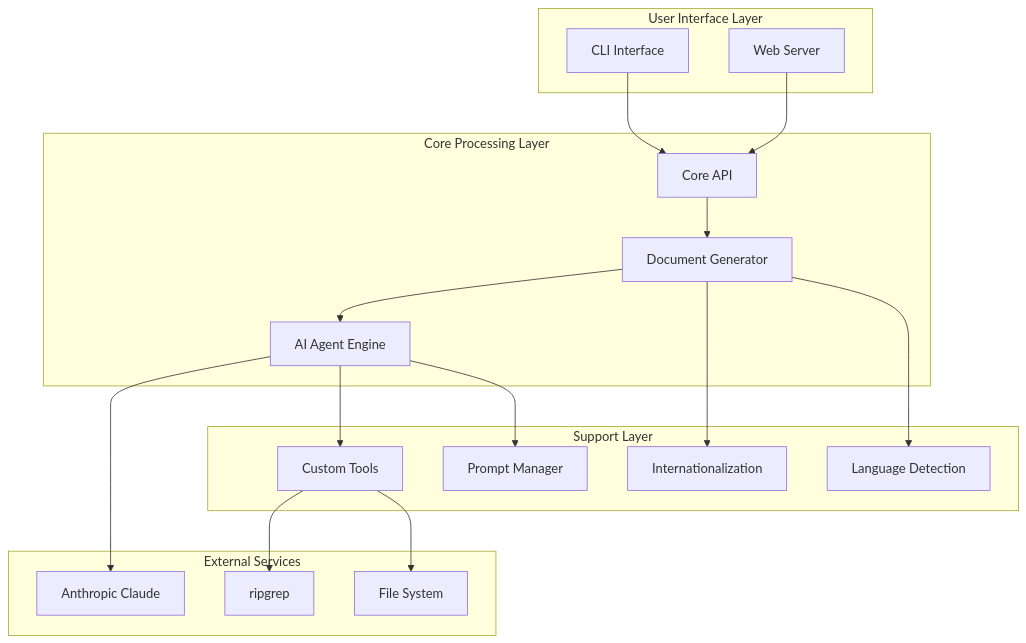
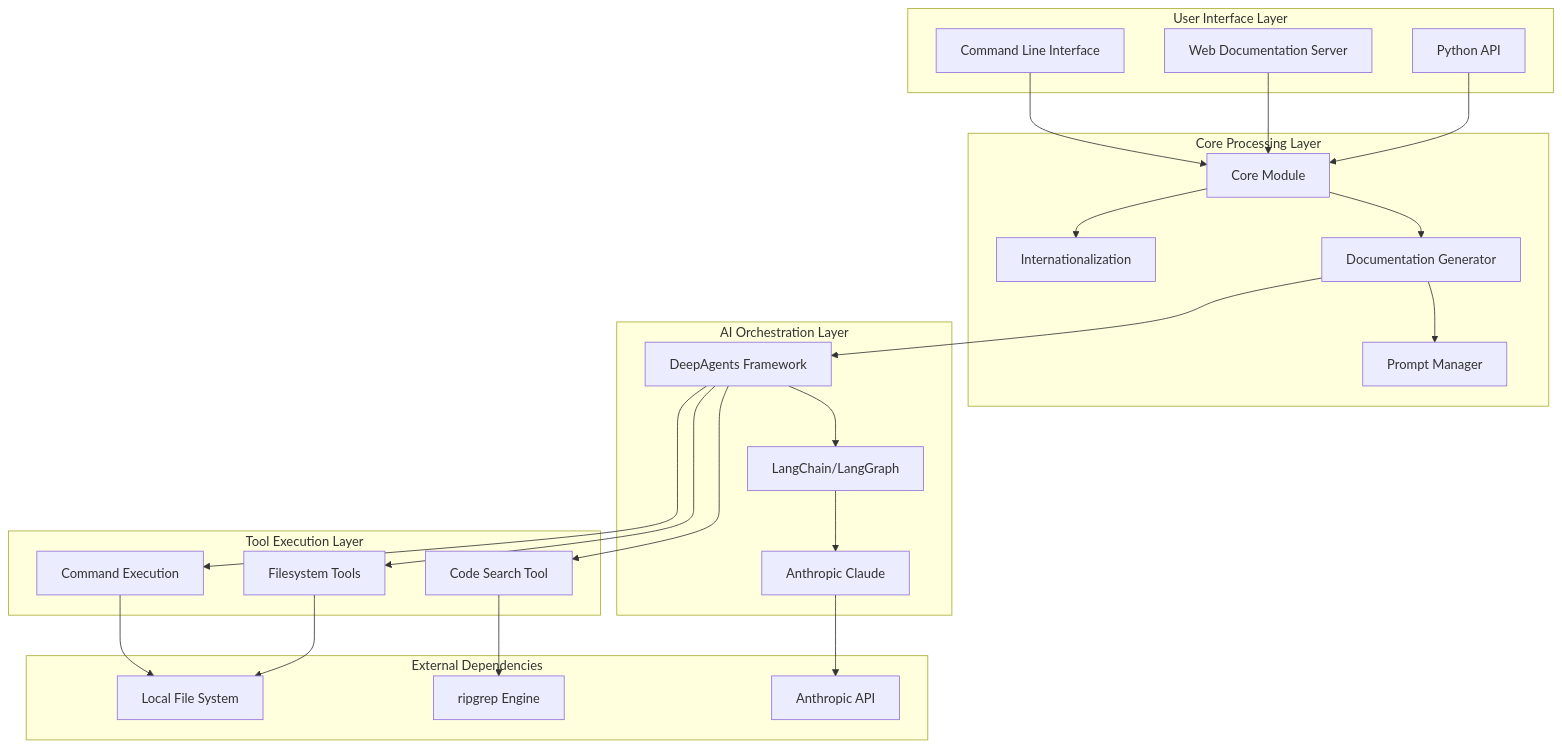
Before and after one commit to dean2021/codeviewx: the first of 4 diagrams in docs/en/03-architecture.md, drawn with Mermaid. The commit also changed other lines of this file and 5 other files, not shown here.

First line of the commit message:
docs: Update documentation structure and include additional files for CodeViewX

````diff
--- a/docs/en/03-architecture.md
+++ b/docs/en/03-architecture.md
@@ -9,39 +11,54 @@
 ```mermaid
 graph TB
     subgraph "User Interface Layer"
-        CLI[CLI Interface]
-        WEB[Web Server]
+        CLI[Command Line Interface]
+        WEB[Web Documentation Server]
+        API[Python API]
     end
     
     subgraph "Core Processing Layer"
-        CORE[Core API]
-        GEN[Document Generator]
-        AI[AI Agent Engine]
+        CORE[Core Module]
+        GEN[Documentation Generator]
+        PROMPT[Prompt Manager]
+        I18N[Internationalization]
     end
     
-    subgraph "Support Layer"
-        TOOLS[Custom Tools]
-        PROMPT[Prompt Manager]
-        I18N[Internationalization]
-        LANG[Language Detection]
+    subgraph "AI Orchestration Layer"
+        AGENTS[DeepAgents Framework]
+        LANGCHAIN[LangChain/LangGraph]
+        CLAUDE[Anthropic Claude]
     end
     
-    subgraph "External Services"
-        ANTHROPIC[Anthropic Claude]
-        RIPGREP[ripgrep]
-        FILESYSTEM[File System]
+    subgraph "Tool Execution Layer"
+        SEARCH[Code Search Tool]
+        FS[Filesystem Tools]
+        CMD[Command Execution]
+    end
+    
+    subgraph "External Dependencies"
+        RIPGREP[ripgrep Engine]
+        ANTHROPIC[Anthropic API]
+        FILESYSTEM[Local File System]
     end
     
     CLI --> CORE
     WEB --> CORE
+    API --> CORE
+    
     CORE --> GEN
-    GEN --> AI
-    AI --> TOOLS
-    AI --> PROMPT
-    GEN --> I18N
-    GEN --> LANG
+    CORE --> I18N
+    GEN --> PROMPT
     
-    TOOLS --> RIPGREP
-    TOOLS --> FILESYSTEM
-    AI --> ANTHROPIC
+    GEN --> AGENTS
+    AGENTS --> LANGCHAIN
+    LANGCHAIN --> CLAUDE
+    CLAUDE --> ANTHROPIC
+    
+    AGENTS --> SEARCH
+    AGENTS --> FS
+    AGENTS --> CMD
+    
+    SEARCH --> RIPGREP
+    FS --> FILESYSTEM
+    CMD --> FILESYSTEM
 ```
````
